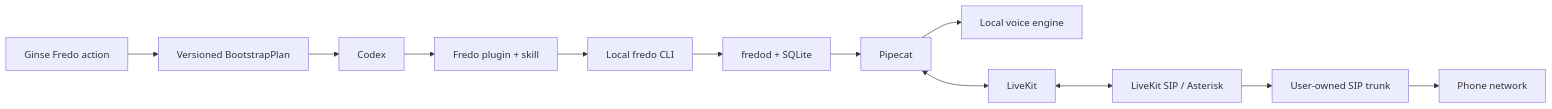
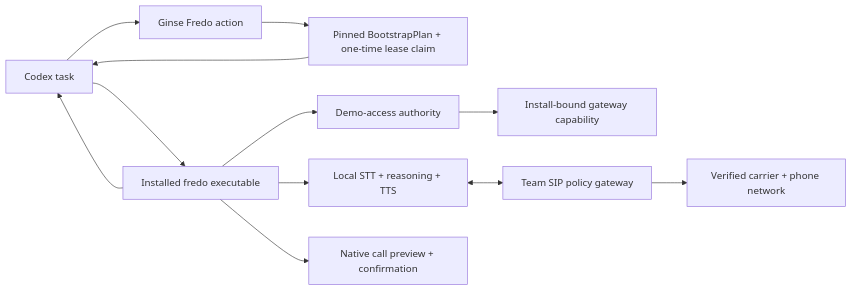
Before and after one commit to Caezarr/42hackathon: the diagram in README.md, drawn with Mermaid. The commit also changed other lines of this file and 16 other files, not shown here.

Commit message:
Harden Fredo's one-prompt acceptance contract

````diff
--- a/README.md
+++ b/README.md
@@ -21,14 +24,14 @@
 ```mermaid
 flowchart LR
-    G["Ginse Fredo action"] --> BP["Versioned BootstrapPlan"]
-    BP --> C["Codex"]
-    C --> PL["Fredo plugin + skill"]
-    PL --> CLI["Local fredo CLI"]
-    CLI --> D["fredod + SQLite"]
-    D --> P["Pipecat"]
-    P --> AI["Local voice engine"]
-    P <--> LK["LiveKit"]
-    LK <--> SIP["LiveKit SIP / Asterisk"]
-    SIP --> T["User-owned SIP trunk"]
-    T --> PSTN["Phone network"]
+    C["Codex task"] --> G["Ginse Fredo action"]
+    G --> BP["Pinned BootstrapPlan + one-time lease claim"]
+    BP --> C
+    C --> CLI["Installed fredo executable"]
+    CLI --> A["Demo-access authority"]
+    A --> CAP["Install-bound gateway capability"]
+    CLI --> AI["Local STT + reasoning + TTS"]
+    CLI --> UI["Native call preview + confirmation"]
+    AI <--> GW["Team SIP policy gateway"]
+    GW --> PSTN["Verified carrier + phone network"]
+    CLI --> C
 ```
````
